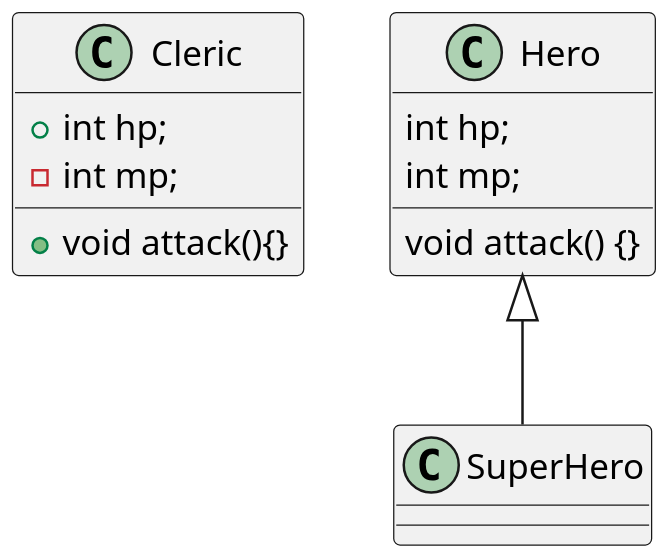
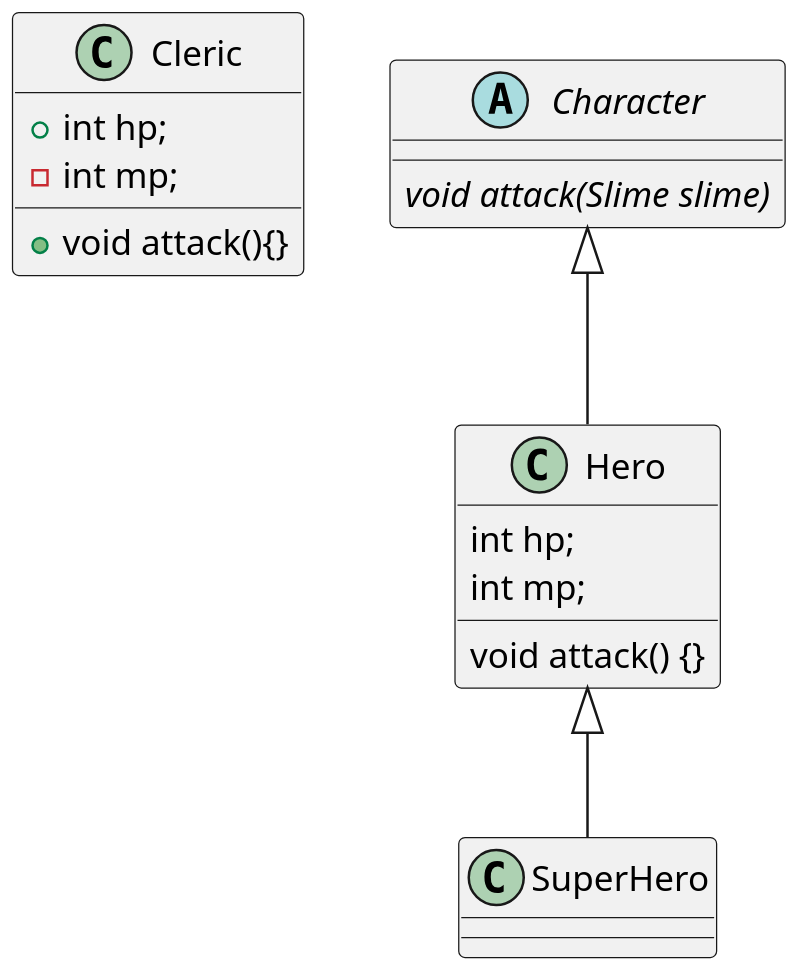
One commit to SurvivalCodingCampus/sesac7_dart_study changed the diagram in lib/game.puml. Above: the diagram before and after it, drawn with PlantUML. The commit also changed 4 other files, not shown here.

```diff
--- a/lib/game.puml
+++ b/lib/game.puml
@@ -1,21 +1,25 @@
 @startuml
 scale 2
 
 class Cleric {
     + int hp;
     - int mp;
 
     + void attack(){}
 }
 
-class Hero {
+abstract class Character {
+    {abstract} void attack(Slime slime)
+}
+
+class Hero extends Character{
 int hp;
 int mp;
 
 void attack() {}
 
 }
 
 class SuperHero extends Hero {}
 
 @enduml
```
